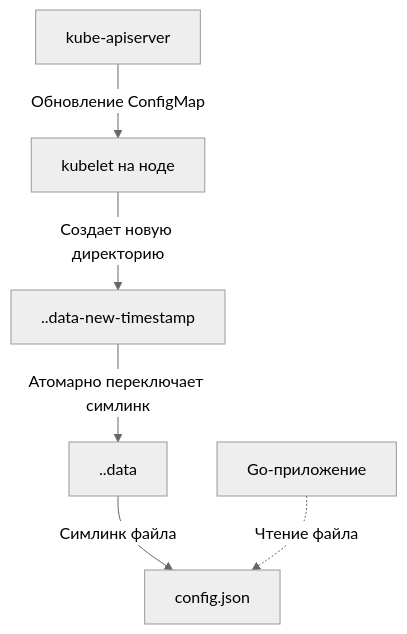
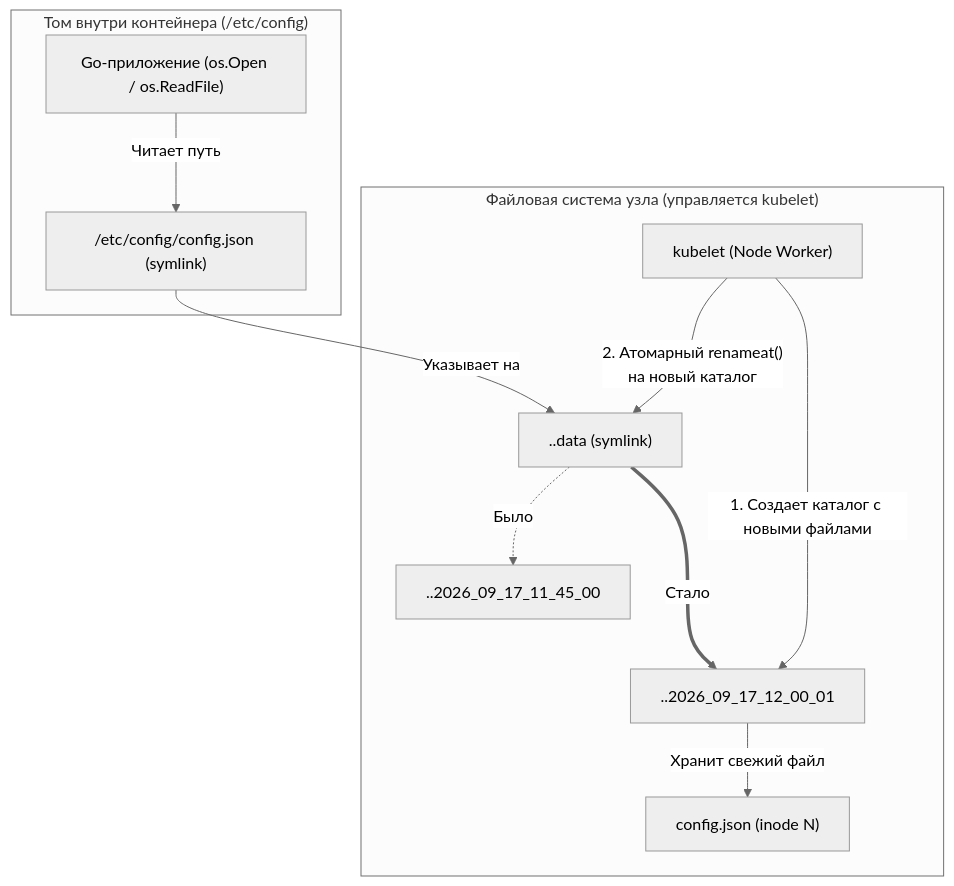
One commit to UnrealTemplier/go-textbook changed the second of 3 diagrams in sources/14. Распределенные системы на Go/07. Kubernetes и деплой/4. ConfigMap и Secret.md. Above: the diagram before and after it, drawn with Mermaid (neutral theme). The commit also changed other lines of this file, not shown here.

Commit message:
feat(module-14): editorial rewrite of lecture 4 (ConfigMap и Secret) in Subsection 7 in Kernighan style

````diff
--- a/sources/14. Распределенные системы на Go/07. Kubernetes и деплой/4. ConfigMap и Secret.md
+++ b/sources/14. Распределенные системы на Go/07. Kubernetes и деплой/4. ConfigMap и Secret.md
@@ -79,8 +161,18 @@
 ```mermaid
 flowchart TD
-    API["kube-apiserver"] -->|"Обновление ConfigMap"| Kubelet["kubelet на ноде"]
-    Kubelet -->|"Создает новую директорию"| NewDir["..data-new-timestamp"]
-    NewDir -->|"Атомарно переключает симлинк"| DataSymlink["..data"]
-    DataSymlink -->|"Симлинк файла"| AppFile["config.json"]
-    GoApp["Go-приложение"] -.->|"Чтение файла"| AppFile
+    subgraph HostNode["Файловая система узла (управляется kubelet)"]
+        Kubelet["kubelet (Node Worker)"] -->|"1. Создает каталог с новыми файлами"| DirNew["..2026_09_17_12_00_01"]
+        DirOld["..2026_09_17_11_45_00"]
+        
+        Kubelet -->|"2. Атомарный renameat()\nна новый каталог"| DataSymlink["..data (symlink)"]
+        DataSymlink -.->|"Было"| DirOld
+        DataSymlink ===>|"Стало"| DirNew
+        
+        DirNew -->|"Хранит свежий файл"| RealFile["config.json (inode N)"]
+    end
+
+    subgraph ContainerMount["Том внутри контейнера (/etc/config)"]
+        SymlinkFile["/etc/config/config.json (symlink)"] -->|"Указывает на"| DataSymlink
+        GoApp["Go-приложение (os.Open / os.ReadFile)"] -->|"Читает путь"| SymlinkFile
+    end
 ```
````
